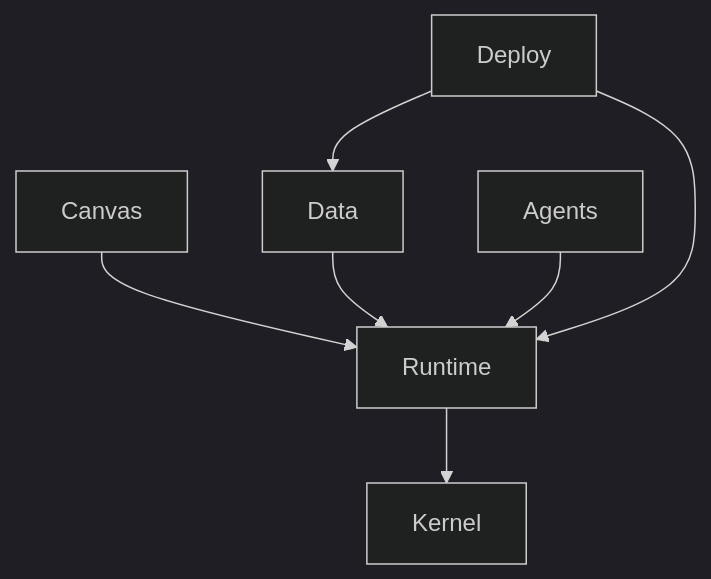
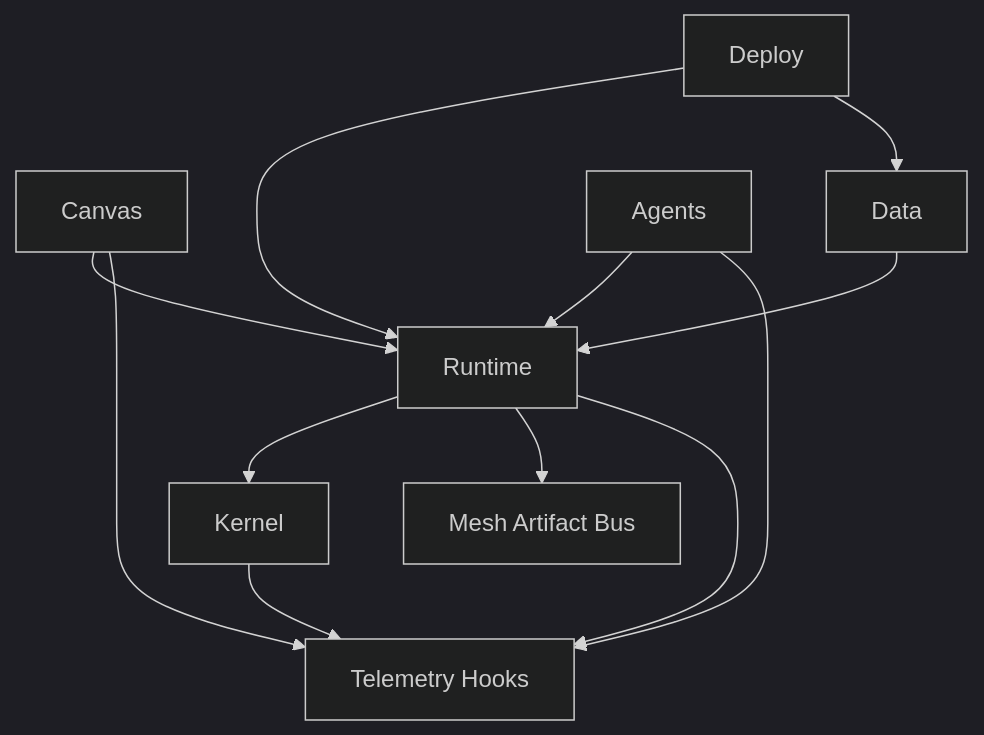
Before and after one commit to somat3k/test-repository-infinity_OS: the second of 2 diagrams in AGENTS.md, drawn with Mermaid (dark theme). The commit also changed other lines of this file, not shown here.

Commit message:
Update AGENTS.md with new content

````diff
--- a/AGENTS.md
+++ b/AGENTS.md
@@ -48,9 +53,14 @@
 ```mermaid
 flowchart TB
   Canvas --> Runtime
   Data --> Runtime
   Agents --> Runtime
   Deploy --> Runtime
   Deploy --> Data
   Runtime --> Kernel
+  Runtime --> Mesh[Mesh Artifact Bus]
+  Kernel --> Telemetry[Telemetry Hooks]
+  Runtime --> Telemetry
+  Canvas --> Telemetry
+  Agents --> Telemetry
 ```
````
